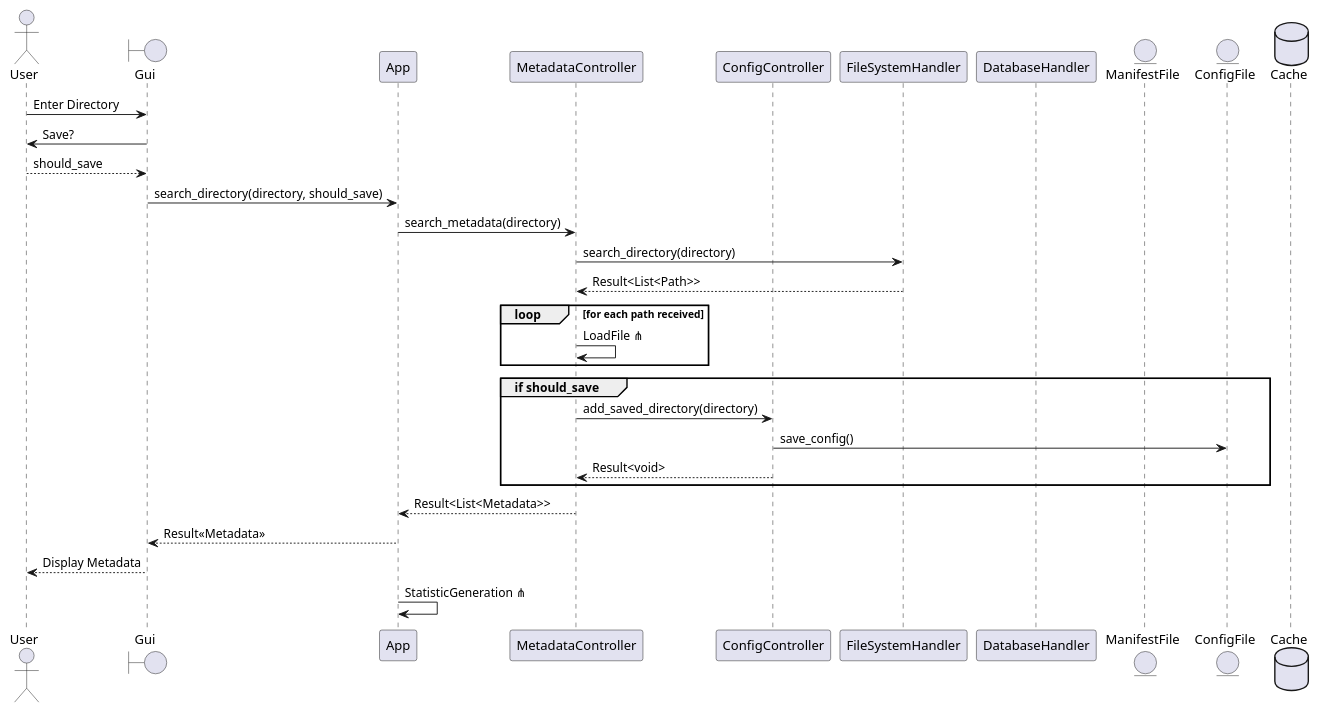
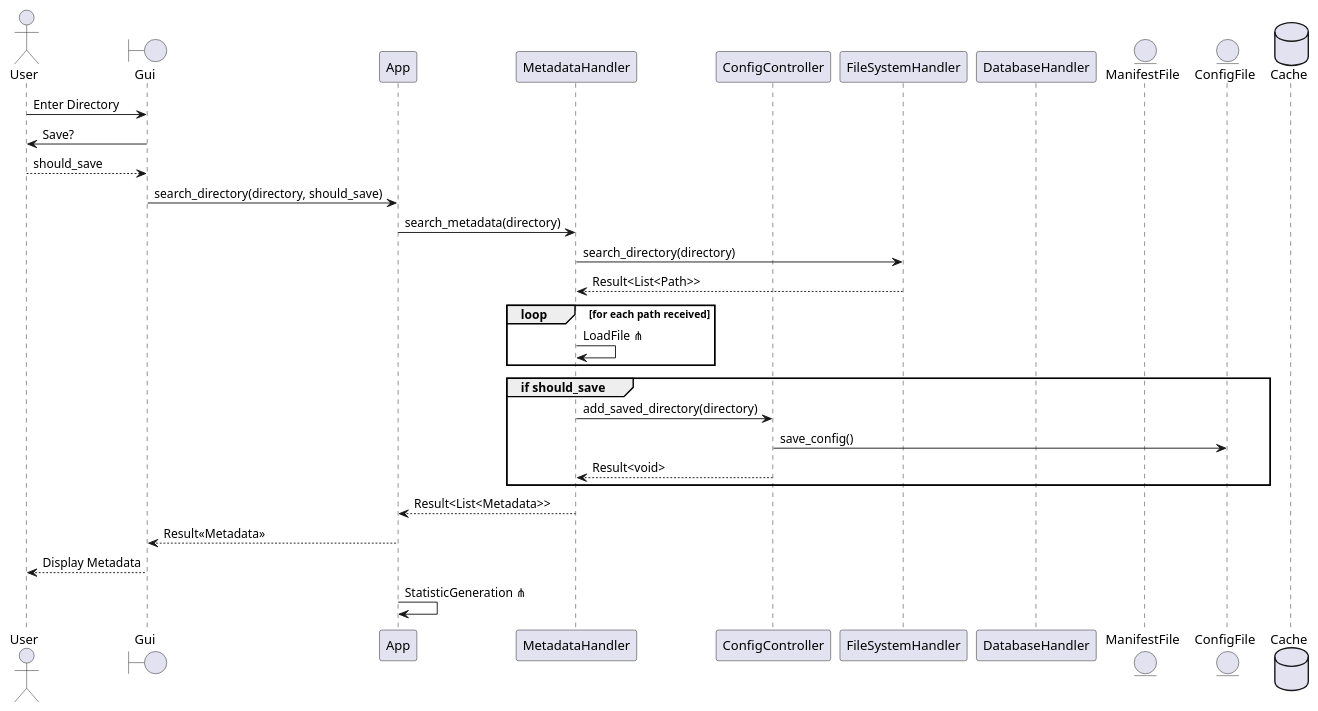
The seventh of 10 diagrams in wiki/topics/Inkremente/04/Grobdesign.md (SoftwareEngineeringOne/wiki), drawn with PlantUML before and after one commit. The commit also changed other lines of this file, not shown here.

Commit message:
Add modules to Class Diagramm

````diff
--- a/wiki/topics/Inkremente/04/Grobdesign.md
+++ b/wiki/topics/Inkremente/04/Grobdesign.md
@@ -425,36 +447,36 @@
 ```plantuml
 @startuml Enter File
 actor User
 boundary Gui
 participant App
-participant MetadataController
+participant MetadataHandler
 participant ConfigController
 participant FileSystemHandler
 participant DatabaseHandler
 entity ManifestFile
 entity ConfigFile
 database Cache
 
 User -> Gui : Enter Directory
 Gui -> User : Save?
 User --> Gui : should_save
 Gui -> App : search_directory(directory, should_save)
-App -> MetadataController: search_metadata(directory)
-MetadataController -> FileSystemHandler : search_directory(directory)
-FileSystemHandler --> MetadataController : Result<List<Path>>
+App -> MetadataHandler: search_metadata(directory)
+MetadataHandler -> FileSystemHandler : search_directory(directory)
+FileSystemHandler --> MetadataHandler : Result<List<Path>>
 loop for each path received
-    MetadataController -> MetadataController: LoadFile ⋔
+    MetadataHandler -> MetadataHandler: LoadFile ⋔
 end
 group if should_save
-    MetadataController -> ConfigController : add_saved_directory(directory)
+    MetadataHandler -> ConfigController : add_saved_directory(directory)
     ConfigController -> ConfigFile : save_config()
-    ConfigController --> MetadataController : Result<void>
+    ConfigController --> MetadataHandler : Result<void>
 end
 
-MetadataController --> App: Result<List<Metadata>>
+MetadataHandler --> App: Result<List<Metadata>>
 App --> Gui : Result<<Metadata>>
 Gui --> User : Display Metadata
 
 App -> App : StatisticGeneration ⋔
 @enduml
 ```
````
